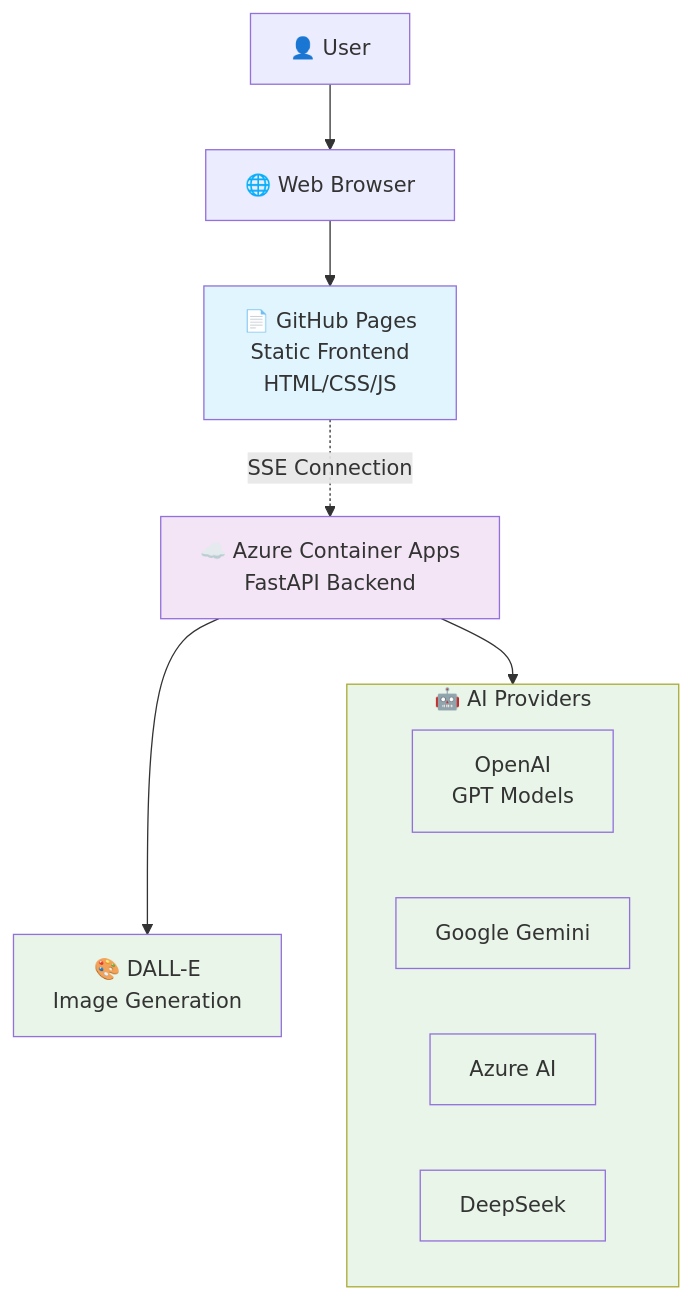
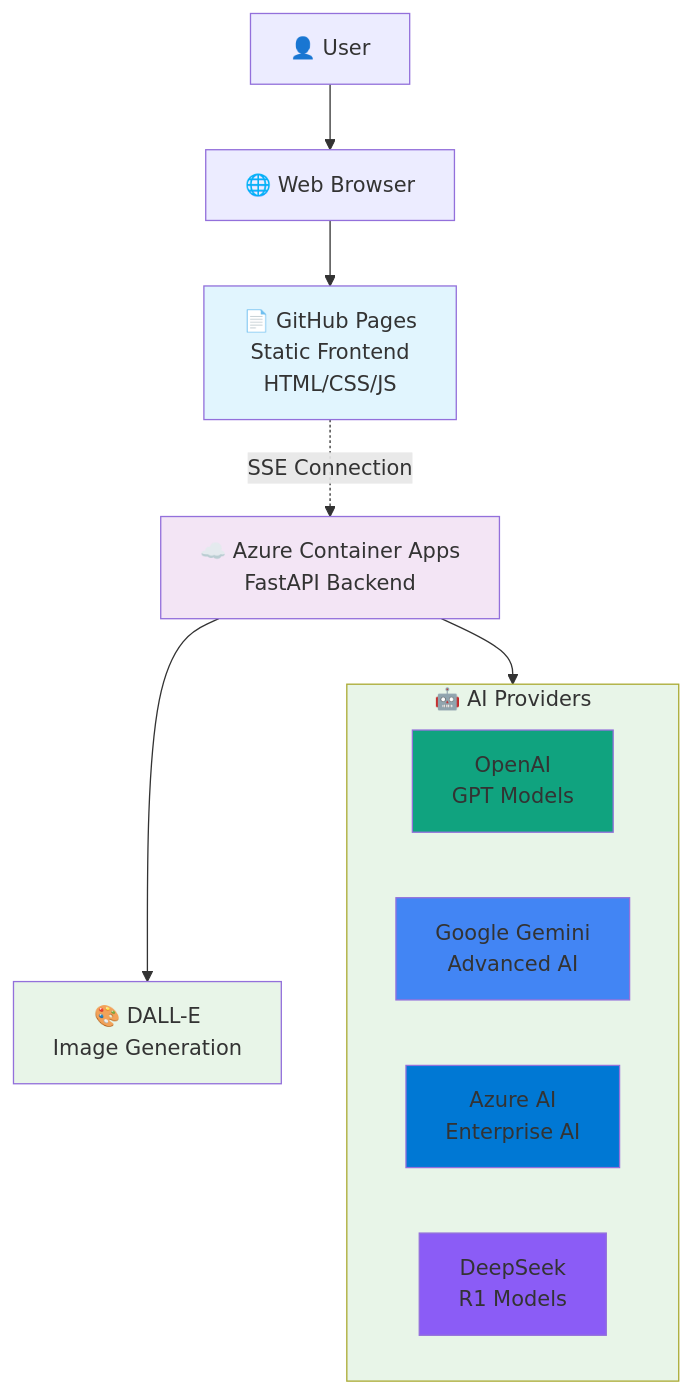
The first of 2 diagrams in README.md (DJSaunders1997/GPTeasers), drawn with Mermaid before and after one commit. The commit also changed other lines of this file, not shown here.

Commit message:
AI Providers logos

````diff
--- a/README.md
+++ b/README.md
@@ -51,39 +87,47 @@
 ```mermaid
 graph TB
     %% User Layer
     User[👤 User]
     Browser[🌐 Web Browser]
-    
+
     %% Frontend Layer
     GHP[📄 GitHub Pages<br/>Static Frontend<br/>HTML/CSS/JS]
-    
+
     %% Backend Layer
     ACA[☁️ Azure Container Apps<br/>FastAPI Backend]
-    
+
     %% AI Providers
     subgraph AI_Providers[🤖 AI Providers]
         OpenAI[OpenAI<br/>GPT Models]
-        Gemini[Google Gemini]
-        AzureAI[Azure AI]
-        DeepSeek[DeepSeek]
+        Gemini[Google Gemini<br/>Advanced AI]
+        AzureAI[Azure AI<br/>Enterprise AI]
+        DeepSeek[DeepSeek<br/>R1 Models]
     end
-    
+
     %% Image Generation
     DALLE[🎨 DALL-E<br/>Image Generation]
-    
+
     %% Data Flow
     User --> Browser
     Browser --> GHP
     GHP -.->|SSE Connection| ACA
     ACA --> AI_Providers
     ACA --> DALLE
-    
+
     %% Styling
     classDef frontend fill:#e1f5fe
     classDef backend fill:#f3e5f5
     classDef ai fill:#e8f5e8
-    
+    classDef openai fill:#10a37f
+    classDef gemini fill:#4285f4
+    classDef azure fill:#0078d4
+    classDef deepseek fill:#8b5cf6
+
     class GHP frontend
     class ACA backend
-    class AI_Providers,OpenAI,Gemini,AzureAI,DeepSeek,DALLE ai
+    class AI_Providers,DALLE ai
+    class OpenAI openai
+    class Gemini gemini
+    class AzureAI azure
+    class DeepSeek deepseek
 ```
````
